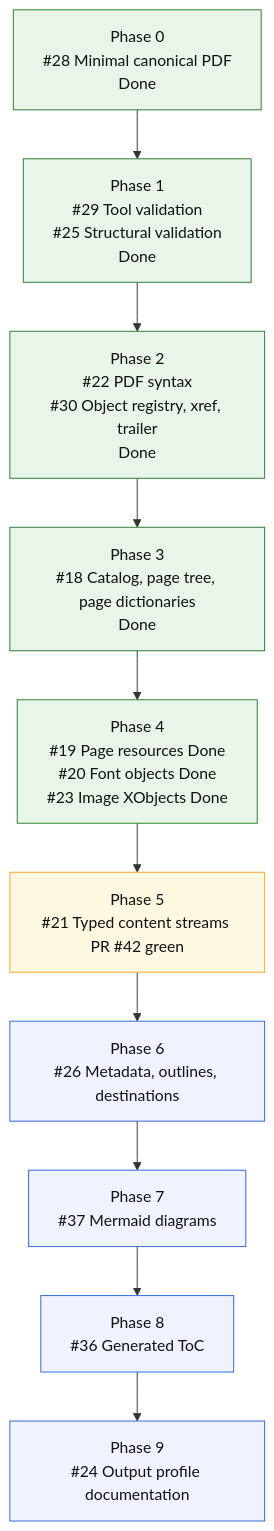
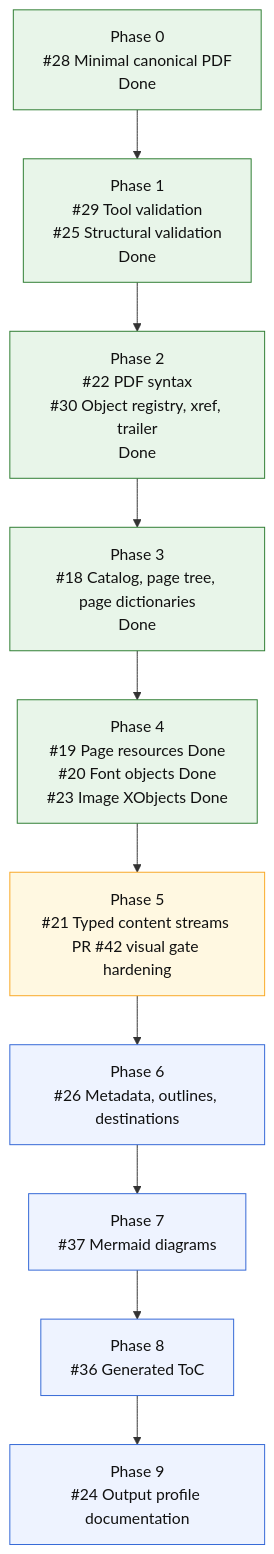
The diagram in README.md (mihaelamj/MarkdownPDF), drawn with Mermaid before and after one commit. The commit also changed other lines of this file and 8 other files, not shown here.

````diff
--- a/README.md
+++ b/README.md
@@ -126,22 +126,22 @@
 ```mermaid
 flowchart TD
     P0["Phase 0<br/>#28 Minimal canonical PDF<br/>Done"]
     P1["Phase 1<br/>#29 Tool validation<br/>#25 Structural validation<br/>Done"]
     P2["Phase 2<br/>#22 PDF syntax<br/>#30 Object registry, xref, trailer<br/>Done"]
     P3["Phase 3<br/>#18 Catalog, page tree, page dictionaries<br/>Done"]
     P4["Phase 4<br/>#19 Page resources Done<br/>#20 Font objects Done<br/>#23 Image XObjects Done"]
-    P5["Phase 5<br/>#21 Typed content streams PR #42 green"]
+    P5["Phase 5<br/>#21 Typed content streams PR #42 visual gate hardening"]
     P6["Phase 6<br/>#26 Metadata, outlines, destinations"]
     P7["Phase 7<br/>#37 Mermaid diagrams"]
     P8["Phase 8<br/>#36 Generated ToC"]
     P9["Phase 9<br/>#24 Output profile documentation"]
 
     P0 --> P1 --> P2 --> P3 --> P4 --> P5 --> P6 --> P7 --> P8 --> P9
 
     classDef done fill:#e8f5e9,stroke:#2e7d32,color:#111;
     classDef next fill:#fff8e1,stroke:#f9a825,color:#111;
     classDef todo fill:#eef3ff,stroke:#3367d6,color:#111;
     class P0,P1,P2,P3,P4 done;
     class P5 next;
     class P6,P7,P8,P9 todo;
 ```
````
